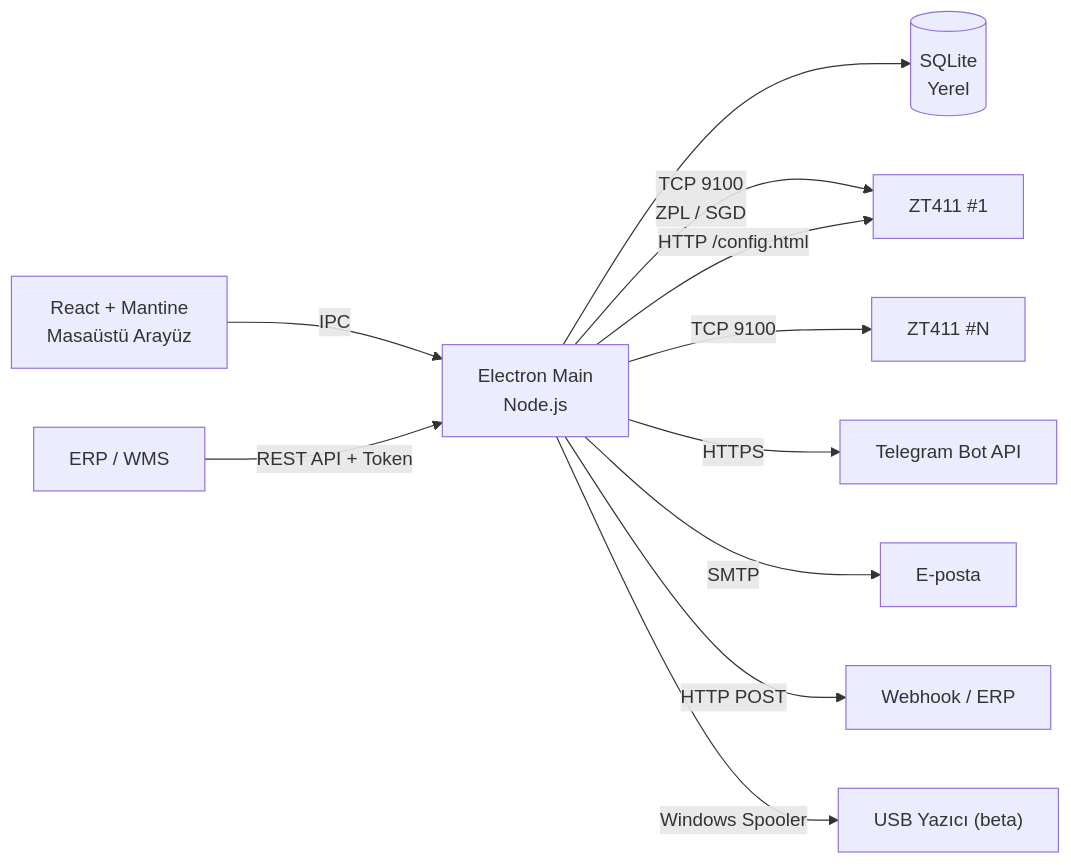
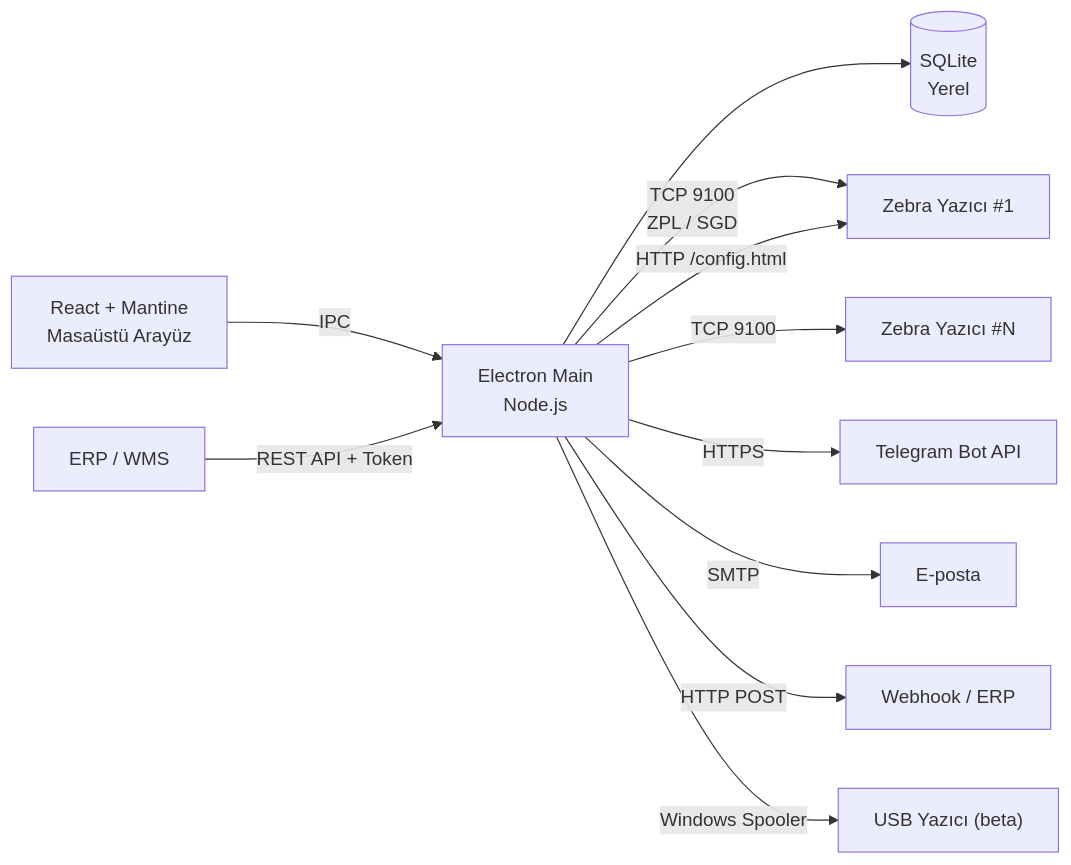
The diagram in README.md (darksoftinc/ZebraFiloSaha), drawn with Mermaid before and after one commit. The commit also changed other lines of this file, not shown here.

````diff
--- a/README.md
+++ b/README.md
@@ -232,13 +241,13 @@
 ```mermaid
 flowchart LR
   UI["React + Mantine<br/>Masaüstü Arayüz"] -->|IPC| MAIN["Electron Main<br/>Node.js"]
   MAIN --> DB[("SQLite<br/>Yerel")]
-  MAIN -->|"TCP 9100<br/>ZPL / SGD"| Z1["ZT411 #1"]
-  MAIN -->|"TCP 9100"| Z2["ZT411 #N"]
+  MAIN -->|"TCP 9100<br/>ZPL / SGD"| Z1["Zebra Yazıcı #1"]
+  MAIN -->|"TCP 9100"| Z2["Zebra Yazıcı #N"]
   MAIN -->|"HTTP /config.html"| Z1
   MAIN -->|"HTTPS"| TG["Telegram Bot API"]
   MAIN -->|"SMTP"| MAIL["E-posta"]
   MAIN -->|"HTTP POST"| WH["Webhook / ERP"]
   ERP["ERP / WMS"] -->|"REST API + Token"| MAIN
   MAIN -->|"Windows Spooler"| USB["USB Yazıcı (beta)"]
 ```
````
